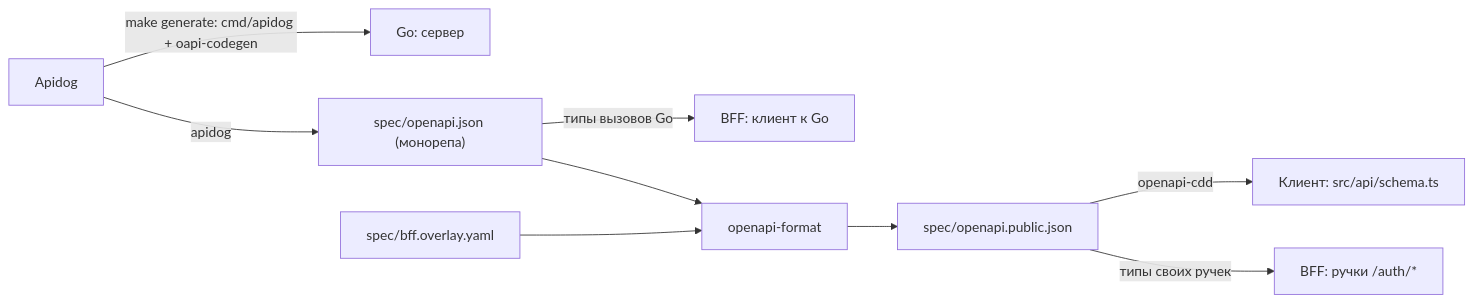
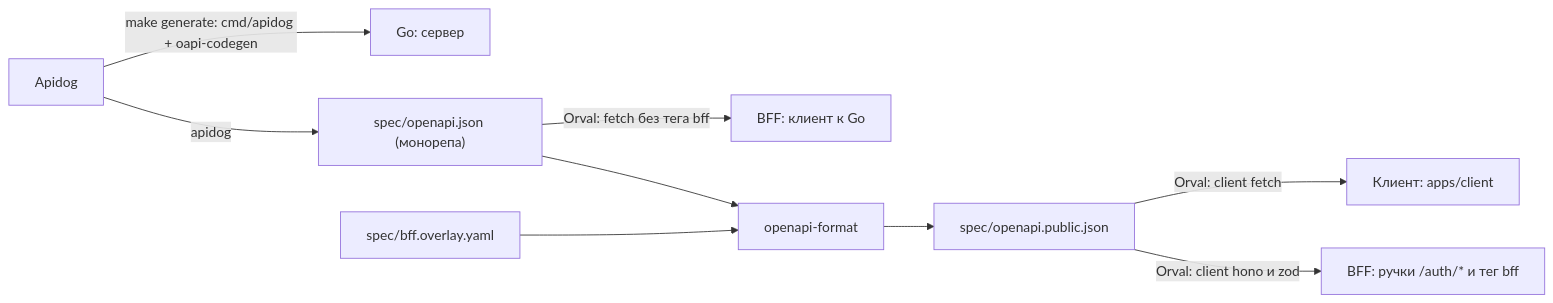
Before and after one commit to Cringe-Driven-Development-Team/docs: the diagram in site/bff/contract.md, drawn with Mermaid. The commit also changed other lines of this file and 2 other files, not shown here.

Commit message:
docs(site): BFF — Orval и собственные ручки BFF

````diff
--- a/site/bff/contract.md
+++ b/site/bff/contract.md
@@ -13,11 +13,11 @@
 ```mermaid
 flowchart LR
     D["Apidog"] -->|"make generate: cmd/apidog + oapi-codegen"| G["Go: сервер"]
     D -->|"apidog"| O["spec/openapi.json (монорепа)"]
-    O -->|"типы вызовов Go"| BT["BFF: клиент к Go"]
+    O -->|"Orval: fetch без тега bff"| BT["BFF: клиент к Go"]
     O --> F["openapi-format"]
     Y["spec/bff.overlay.yaml"] --> F
     F --> P["spec/openapi.public.json"]
-    P -->|"openapi-cdd"| C["Клиент: src/api/schema.ts"]
-    P -->|"типы своих ручек"| BS["BFF: ручки /auth/*"]
+    P -->|"Orval: client fetch"| C["Клиент: apps/client"]
+    P -->|"Orval: client hono и zod"| BS["BFF: ручки /auth/* и тег bff"]
 ```
````
